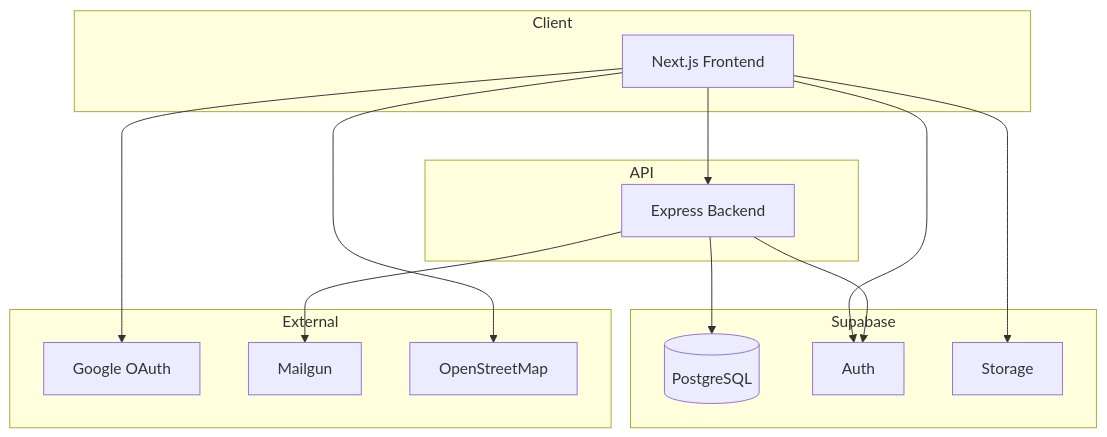
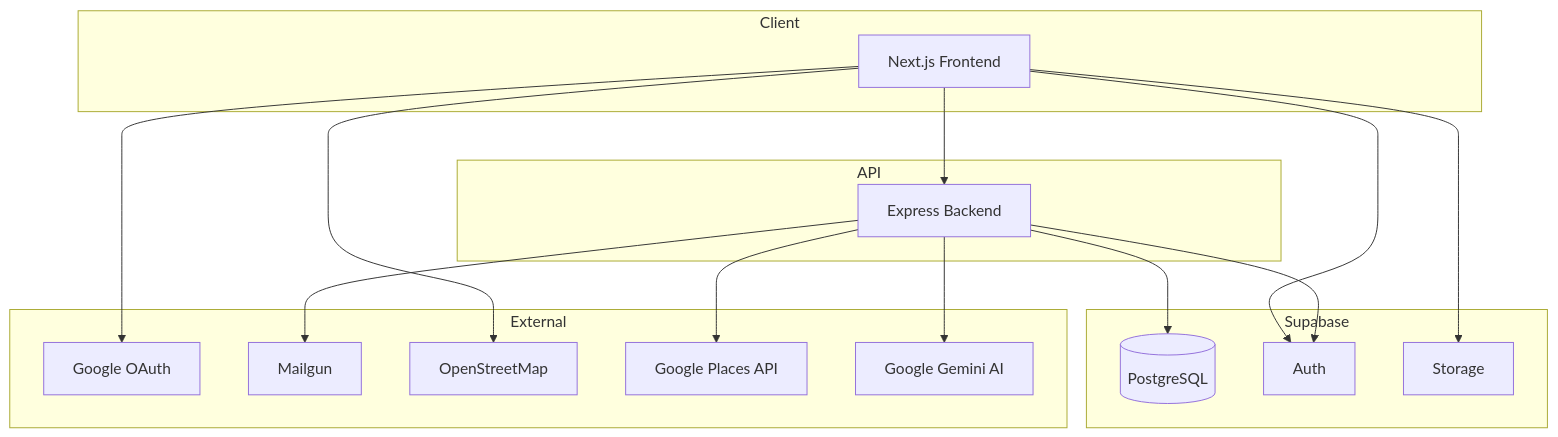
The diagram in README.md (RawinLab/CampSite), drawn with Mermaid before and after one commit. The commit also changed other lines of this file and 17 other files, not shown here.

First line of the commit message:
test(module-12): add Google Places API test suite

````diff
--- a/README.md
+++ b/README.md
@@ -226,31 +227,35 @@
 ```mermaid
 graph TB
     subgraph Client
         A[Next.js Frontend]
     end
 
     subgraph API
         B[Express Backend]
     end
 
     subgraph Supabase
         C[(PostgreSQL)]
         D[Auth]
         E[Storage]
     end
 
     subgraph External
         F[Google OAuth]
         G[Mailgun]
         H[OpenStreetMap]
+        I[Google Places API]
+        J[Google Gemini AI]
     end
 
     A --> B
     A --> D
     A --> E
     B --> C
     B --> D
     B --> G
+    B --> I
+    B --> J
     A --> F
     A --> H
 ```
````
